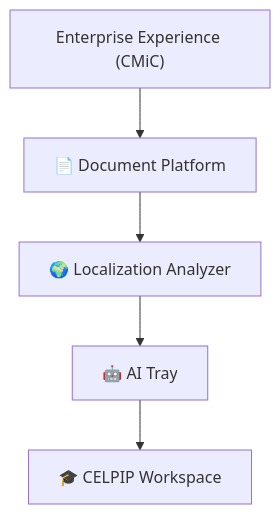
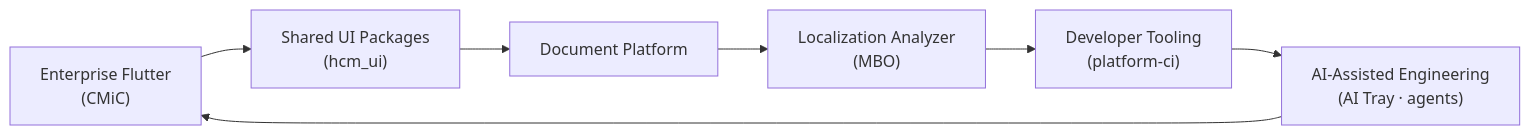
The first of 2 diagrams in README.md (roshandroids/roshandroids), drawn with Mermaid before and after one commit. The commit also changed other lines of this file, not shown here.

````diff
--- a/README.md
+++ b/README.md
@@ -42,13 +42,9 @@
 ```mermaid
-flowchart TD
-    A["Enterprise Experience (CMiC)"]
-    B["📄 Document Platform"]
-    C["🌍 Localization Analyzer"]
-    D["🤖 AI Tray"]
-    E["🎓 CELPIP Workspace"]
-
-    A --> B
-    B --> C
-    C --> D
-    D --> E
+flowchart LR
+    A["Enterprise Flutter\n(CMiC)"] --> B["Shared UI Packages\n(hcm_ui)"]
+    B --> C["Document Platform"]
+    C --> D["Localization Analyzer\n(MBO)"]
+    D --> E["Developer Tooling\n(platform-ci)"]
+    E --> F["AI-Assisted Engineering\n(AI Tray · agents)"]
+    F --> A
 ```
````
